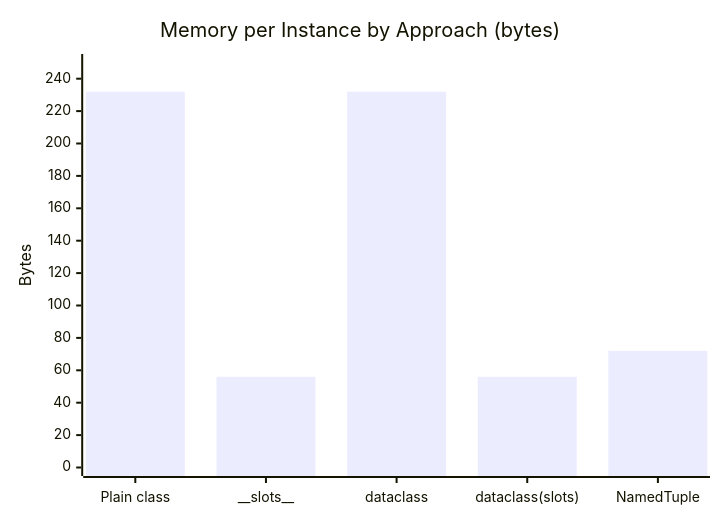
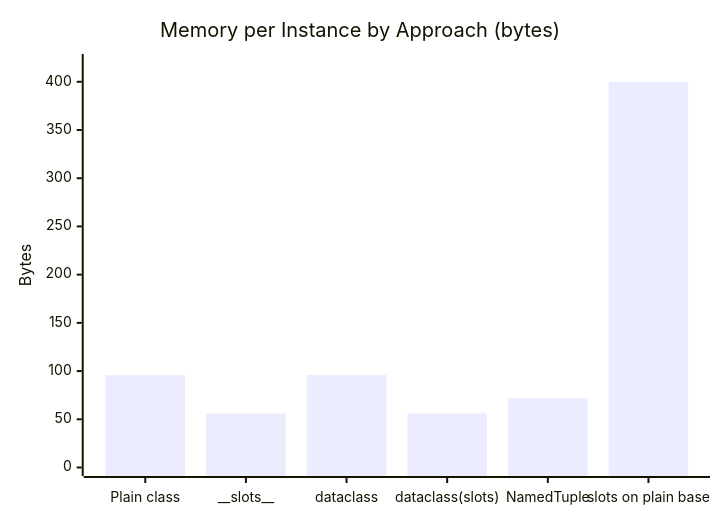
The fifth of 5 diagrams in src/main/java/com/rutik/systemdesign/python/data_model_and_objects/README.md (rppol/system-design), drawn with Mermaid before and after one commit. The commit also changed other lines of this file and 4 other files, not shown here.

````diff
--- a/src/main/java/com/rutik/systemdesign/python/data_model_and_objects/README.md
+++ b/src/main/java/com/rutik/systemdesign/python/data_model_and_objects/README.md
@@ -680,7 +734,7 @@
 ```mermaid
 xychart-beta
     title "Memory per Instance by Approach (bytes)"
-    x-axis ["Plain class", "__slots__", "dataclass", "dataclass(slots)", "NamedTuple"]
-    y-axis "Bytes" 0 --> 250
-    bar [232, 56, 232, 56, 72]
+    x-axis ["Plain class", "__slots__", "dataclass", "dataclass(slots)", "NamedTuple", "slots on plain base"]
+    y-axis "Bytes" 0 --> 420
+    bar [96, 56, 96, 56, 72, 400]
 ```
````
